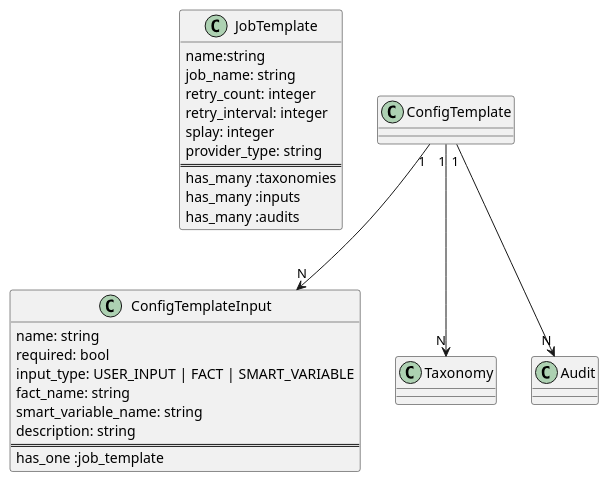
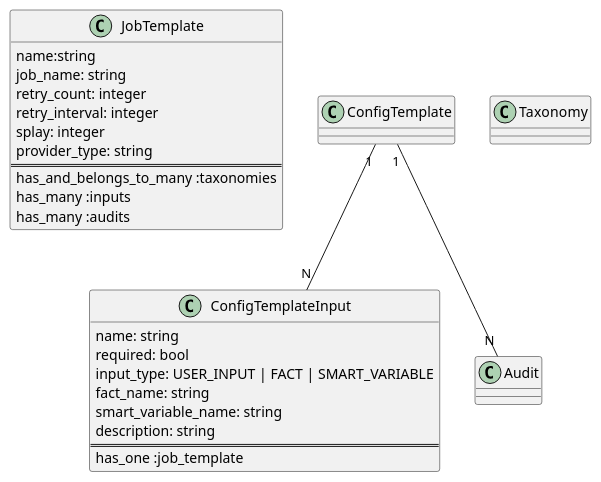
One commit to theforeman/foreman_remote_execution changed the sixth of 14 diagrams in doc/source/design/index.md. Above: the diagram before and after it, drawn with PlantUML. The commit also changed other lines of this file, not shown here.

```diff
--- a/doc/source/design/index.md
+++ b/doc/source/design/index.md
@@ -314,35 +314,33 @@
 {% plantuml %}
 
 class JobTemplate {
   name:string
   job_name: string
   retry_count: integer
   retry_interval: integer
   splay: integer
   provider_type: string
   ==
-  has_many :taxonomies
+  has_and_belongs_to_many :taxonomies
   has_many :inputs
   has_many :audits
 }
 
 class ConfigTemplateInput {
   name: string
   required: bool
   input_type: USER_INPUT | FACT | SMART_VARIABLE
   fact_name: string
   smart_variable_name: string
   description: string
   ==
   has_one :job_template
 }
 
-
-ConfigTemplate "1" --> "N" Taxonomy
-ConfigTemplate "1" --> "N" ConfigTemplateInput
-ConfigTemplate "1" --> "N" Audit
+ConfigTemplate "1" -- "N" ConfigTemplateInput
+ConfigTemplate "1" -- "N" Audit
 
 class Taxonomy
 class Audit
 
 {% endplantuml %}
```
